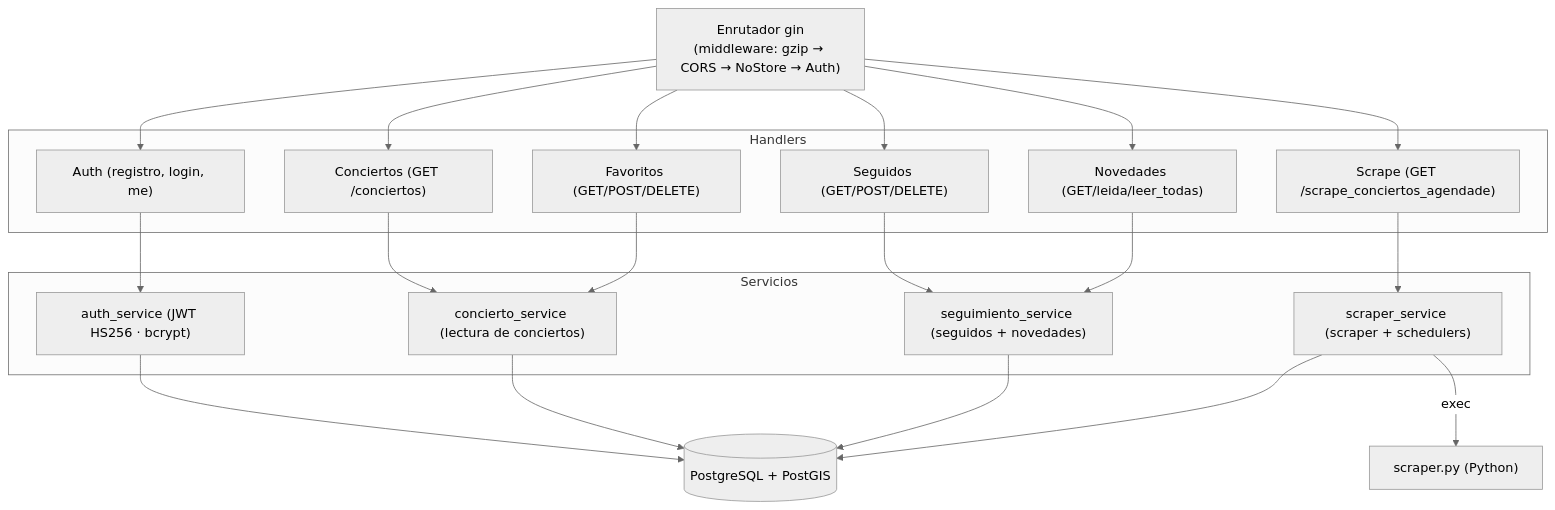
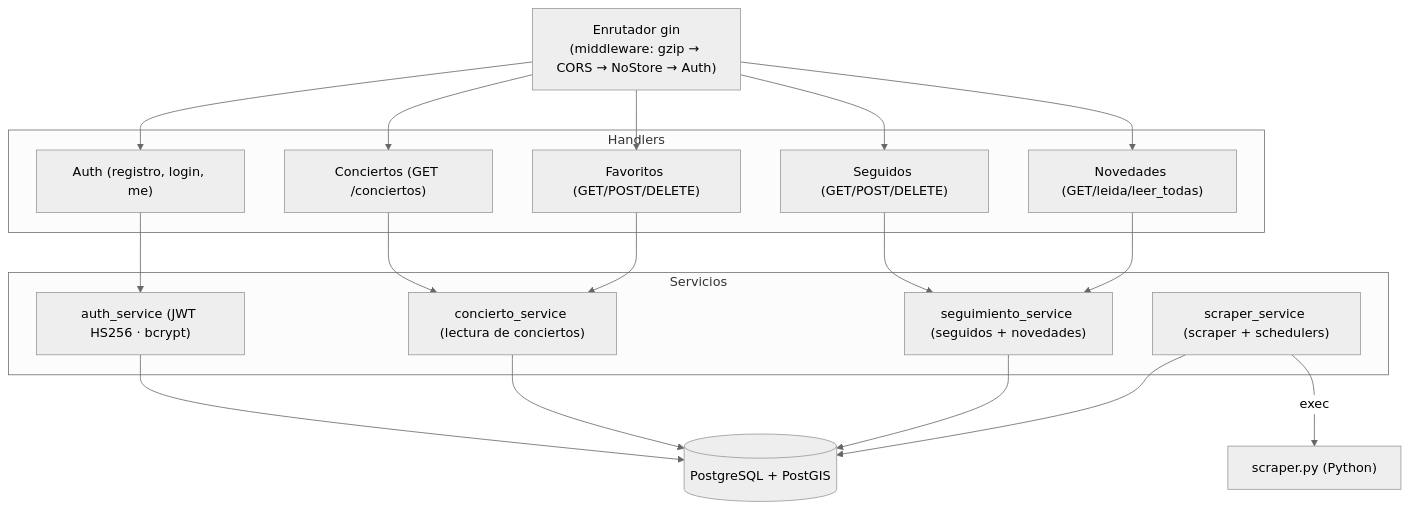
One commit to FernandezMarcodev/BAsonicos changed the third of 4 diagrams in docs/arquitectura.md. Above: the diagram before and after it, drawn with Mermaid (neutral theme). The commit also changed other lines of this file and 12 other files, not shown here.

````diff
--- a/docs/arquitectura.md
+++ b/docs/arquitectura.md
@@ -47,36 +47,34 @@
 ```mermaid
 flowchart TB
     R["Enrutador gin\n(middleware: gzip → CORS → NoStore → Auth)"]
 
     subgraph Handlers
         H1["Auth (registro, login, me)"]
         H2["Conciertos (GET /conciertos)"]
         H3["Favoritos (GET/POST/DELETE)"]
         H4["Seguidos (GET/POST/DELETE)"]
         H5["Novedades (GET/leida/leer_todas)"]
-        H6["Scrape (GET /scrape_conciertos_agendade)"]
     end
 
     subgraph Servicios
         S1["auth_service (JWT HS256 · bcrypt)"]
         S2["concierto_service (lectura de conciertos)"]
         S3["seguimiento_service (seguidos + novedades)"]
         S4["scraper_service (scraper + schedulers)"]
     end
 
     DB[("PostgreSQL + PostGIS")]
     PY["scraper.py (Python)"]
 
-    R --> H1 & H2 & H3 & H4 & H5 & H6
+    R --> H1 & H2 & H3 & H4 & H5
     H1 --> S1
     H2 --> S2
     H3 --> S2
     H4 --> S3
     H5 --> S3
-    H6 --> S4
     S1 --> DB
     S2 --> DB
     S3 --> DB
     S4 --> DB
     S4 -->|"exec"| PY
 ```
````
